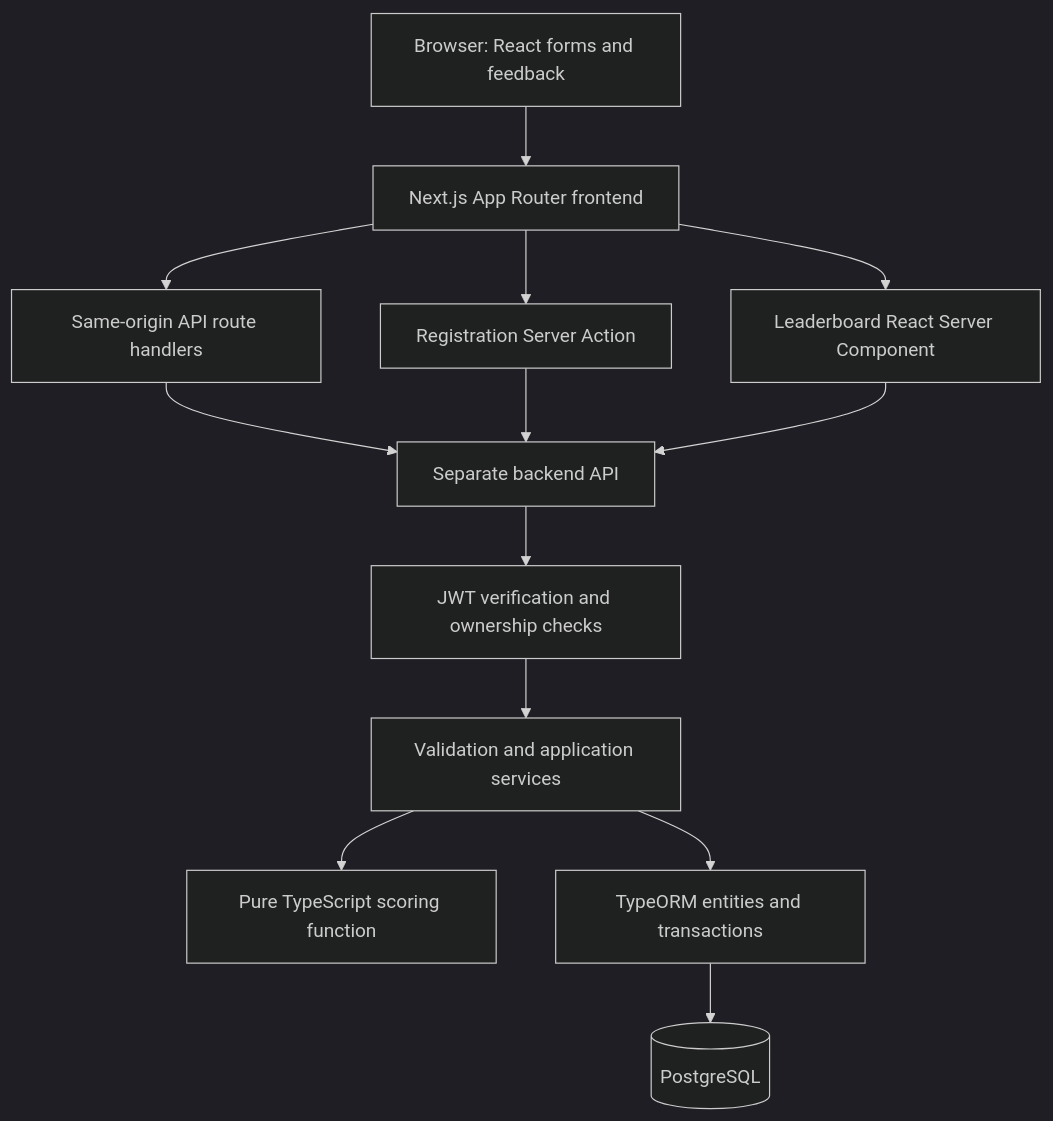
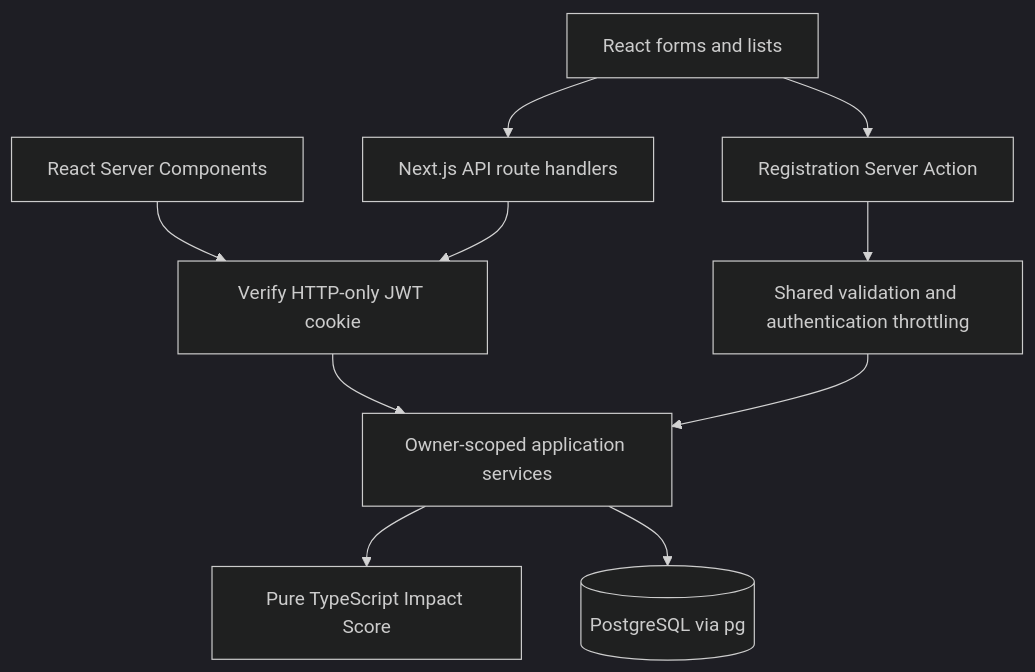
One commit to beesou777/criico changed the diagram in ARCHITECTURE.md. Above: the diagram before and after it, drawn with Mermaid (dark theme). The commit also changed other lines of this file and 68 other files, not shown here.

````diff
--- a/ARCHITECTURE.md
+++ b/ARCHITECTURE.md
@@ -26,15 +7,12 @@
 ```mermaid
 flowchart TD
-    Browser[Browser: React forms and feedback] --> Next[Next.js App Router frontend]
-    Next --> Routes[Same-origin API route handlers]
-    Next --> Action[Registration Server Action]
-    Next --> RSC[Leaderboard React Server Component]
-    Routes --> API[Separate backend API]
-    Action --> API
-    RSC --> API
-    API --> Auth[JWT verification and ownership checks]
-    Auth --> Services[Validation and application services]
-    Services --> Score[Pure TypeScript scoring function]
-    Services --> ORM[TypeORM entities and transactions]
-    ORM --> DB[(PostgreSQL)]
+    Browser[React forms and lists] --> Routes[Next.js API route handlers]
+    Browser --> Registration[Registration Server Action]
+    Page[React Server Components] --> Session[Verify HTTP-only JWT cookie]
+    Routes --> Session
+    Registration --> Validation[Shared validation and authentication throttling]
+    Session --> Services[Owner-scoped application services]
+    Validation --> Services
+    Services --> Score[Pure TypeScript Impact Score]
+    Services --> Database[(PostgreSQL via pg)]
 ```
````
